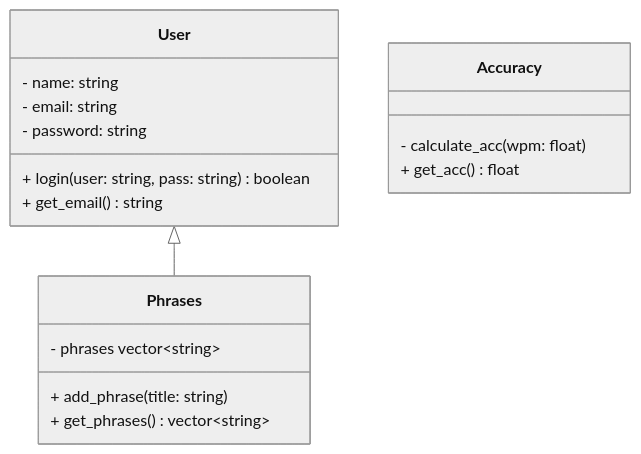
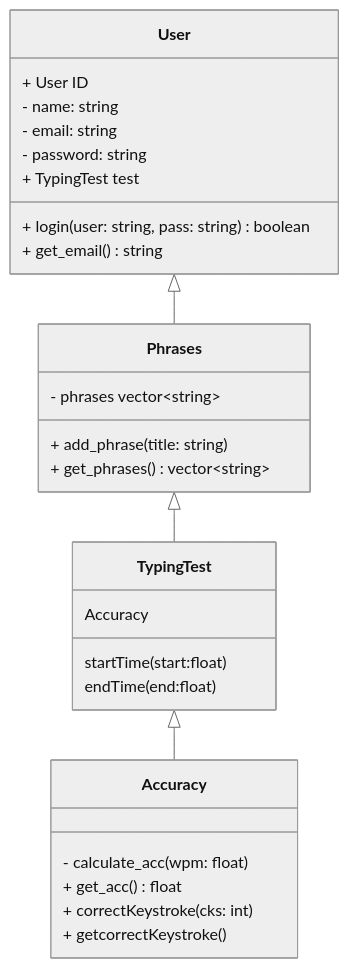
The diagram in README.md (msRaquel/tippitytappity-design), drawn with Mermaid (neutral theme) before and after one commit.

Commit message:
Made changes to the README.md file

````diff
--- a/README.md
+++ b/README.md
@@ -8,21 +8,33 @@
 ```mermaid
 classDiagram
-  User <|-- Phrases
+  User <|-- Phrases 
   class User {
+      + User ID
         - name: string
         - email: string
         - password: string
         + login(user: string, pass: string) boolean
         + get_email() string
+        + TypingTest test
   }
+  Phrases <|-- TypingTest
   class Phrases{
         - phrases vector~string~
         + add_phrase(title: string)
         + get_phrases() vector~string~
   }
 
+TypingTest <|-- Accuracy
+  class TypingTest{
+      startTime(start:float)
+      endTime(end:float)
+      Accuracy
+  }
+
   class Accuracy {
       - calculate_acc(wpm: float)
       + get_acc() float
+      + correctKeystroke(cks: int)
+      + getcorrectKeystroke()
   }
 ```
````
